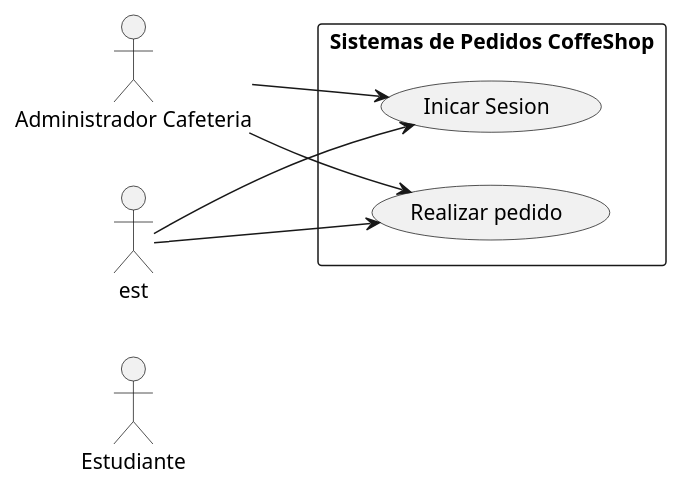
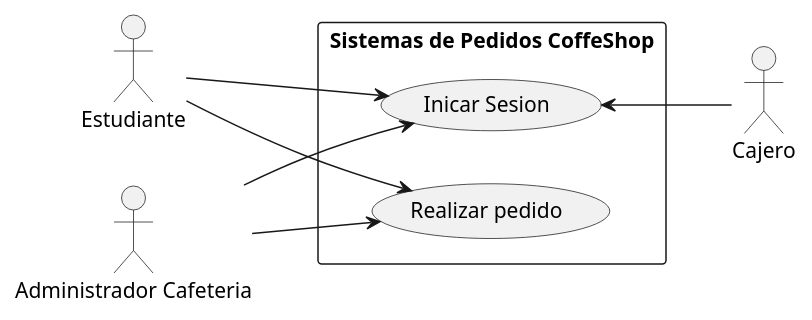
One commit to Santiagoluce/coffee-shop changed the diagram in plantillacasos.plantuml. Above: the diagram before and after it, drawn with PlantUML. The commit also changed 1 other file, not shown here.

Commit message:
Se crearon los diagramas de clase

```diff
--- a/plantillacasos.plantuml
+++ b/plantillacasos.plantuml
@@ -1,19 +1,23 @@
 @startuml casosusocoffeeshop
 left to right direction
-actor "Estudiante" as EntityStereotypeFontColor
+actor "Estudiante" as est
 actor "Administrador Cafeteria" as admin
+actor "Cajero" as cajero
+
 
 rectangle "Sistemas de Pedidos CoffeShop"{
     usecase "Inicar Sesion" as UC1
     usecase "Realizar pedido" as UC2
     
 }
 
 est --> UC1
 est --> UC2
 admin --> UC1
 admin --> UC2
+UC1 <-- cajero 
+
 
 
 
 @enduml
```
